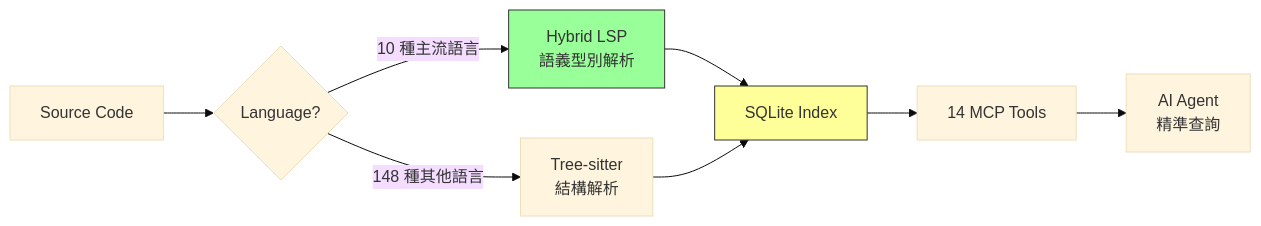
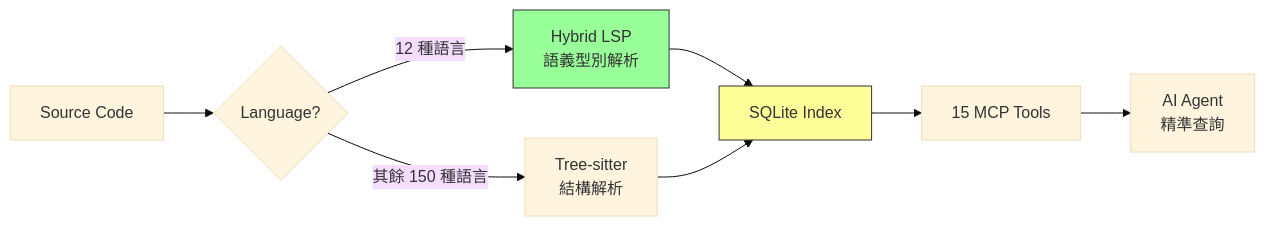
The eighth of 17 diagrams in content/posts/教學/AI開發/AI如何減少token使用教學手冊.md (chihhung/Blog), drawn with Mermaid (base theme) before and after one commit. The commit also changed other lines of this file and 1 other file, not shown here.

````diff
--- a/content/posts/教學/AI開發/AI如何減少token使用教學手冊.md
+++ b/content/posts/教學/AI開發/AI如何減少token使用教學手冊.md
@@ -1091,13 +1345,13 @@
 ```mermaid
 graph LR
     A[Source Code] --> B{Language?}
-    B -->|10 種主流語言| C[Hybrid LSP<br/>語義型別解析]
-    B -->|148 種其他語言| D[Tree-sitter<br/>結構解析]
+    B -->|12 種語言| C[Hybrid LSP<br/>語義型別解析]
+    B -->|其餘 150 種語言| D[Tree-sitter<br/>結構解析]
     C --> E[SQLite Index]
     D --> E
-    E --> F[14 MCP Tools]
+    E --> F[15 MCP Tools]
     F --> G[AI Agent<br/>精準查詢]
     
     style C fill:#9f9,stroke:#333
     style E fill:#ff9,stroke:#333
 ```
````
